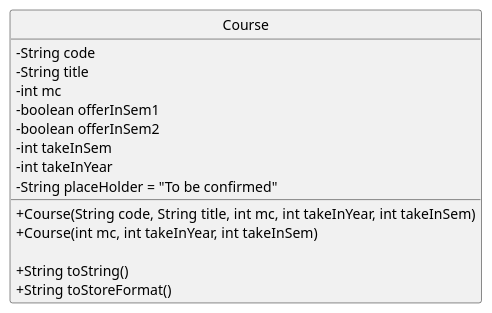
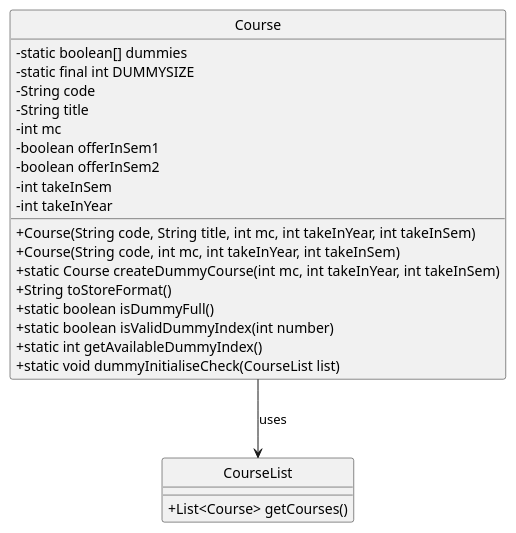
Before and after one commit to SahejAgarwal05/tp: the diagram in docs/CourseClassDiagram.puml, drawn with PlantUML. The commit also changed 1 other file, not shown here.

Commit message:
Add Class Diagram

```diff
--- a/docs/CourseClassDiagram.puml
+++ b/docs/CourseClassDiagram.puml
@@ -1,20 +1,29 @@
 @startuml
 hide circle
 skinparam classAttributeIconSize 0
 class Course {
+    - static boolean[] dummies
+    - static final int DUMMYSIZE
     - String code
     - String title
     - int mc
     - boolean offerInSem1
     - boolean offerInSem2
     - int takeInSem
     - int takeInYear
-    - String placeHolder = "To be confirmed"
 
     + Course(String code, String title, int mc, int takeInYear, int takeInSem)
-    + Course(int mc, int takeInYear, int takeInSem)
+    + Course(String code, int mc, int takeInYear, int takeInSem)
+    + static Course createDummyCourse(int mc, int takeInYear, int takeInSem)
+    + String toStoreFormat()
+    + static boolean isDummyFull()
+    + static boolean isValidDummyIndex(int number)
+    + static int getAvailableDummyIndex()
+    + static void dummyInitialiseCheck(CourseList list)
+}
 
-    + String toString()
-    + String toStoreFormat()
+class CourseList {
+    + List<Course> getCourses()
 }
+Course --> CourseList : uses
 @enduml
```
